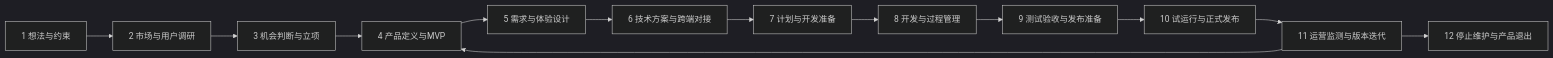
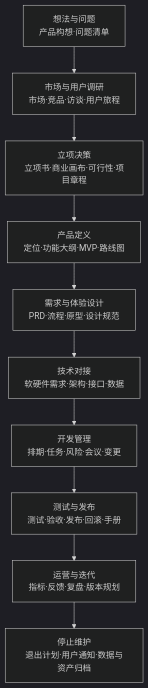
The diagram in README.md (xiaweicheng1230-svg/product-manager-skill), drawn with Mermaid (dark theme) before and after one commit. The commit also changed other lines of this file, not shown here.

````diff
--- a/README.md
+++ b/README.md
@@ -23,15 +25,12 @@
 ```mermaid
-flowchart LR
-    A[1 想法与约束] --> B[2 市场与用户调研]
-    B --> C[3 机会判断与立项]
-    C --> D[4 产品定义与MVP]
-    D --> E[5 需求与体验设计]
-    E --> F[6 技术方案与跨端对接]
-    F --> G[7 计划与开发准备]
-    G --> H[8 开发与过程管理]
-    H --> I[9 测试验收与发布准备]
-    I --> J[10 试运行与正式发布]
-    J --> K[11 运营监测与版本迭代]
-    K --> D
-    K --> L[12 停止维护与产品退出]
+flowchart TD
+    A[想法与问题<br/>产品构想·问题清单] --> B[市场与用户调研<br/>市场·竞品·访谈·用户旅程]
+    B --> C[立项决策<br/>立项书·商业画布·可行性·项目章程]
+    C --> D[产品定义<br/>定位·功能大纲·MVP·路线图]
+    D --> E[需求与体验设计<br/>PRD·流程·原型·设计规范]
+    E --> F[技术对接<br/>软硬件需求·架构·接口·数据]
+    F --> G[开发管理<br/>排期·任务·风险·会议·变更]
+    G --> H[测试与发布<br/>测试·验收·发布·回滚·手册]
+    H --> I[运营与迭代<br/>指标·反馈·复盘·版本规划]
+    I --> J[停止维护<br/>退出计划·用户通知·数据与资产归档]
 ```
````
